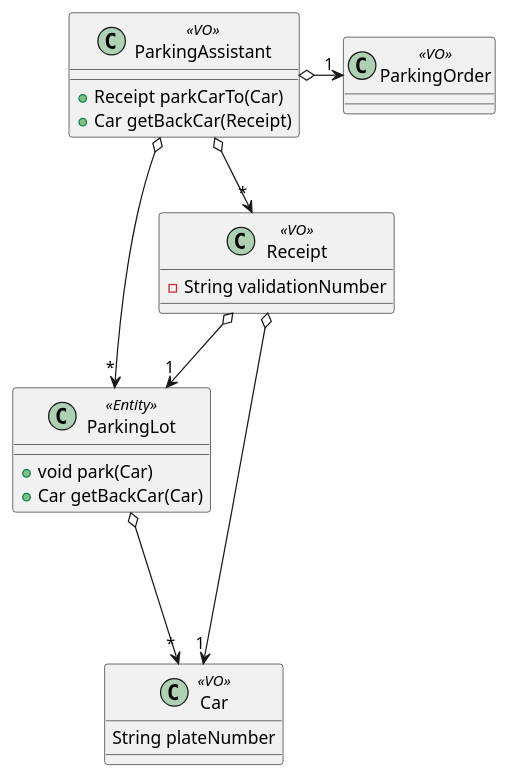
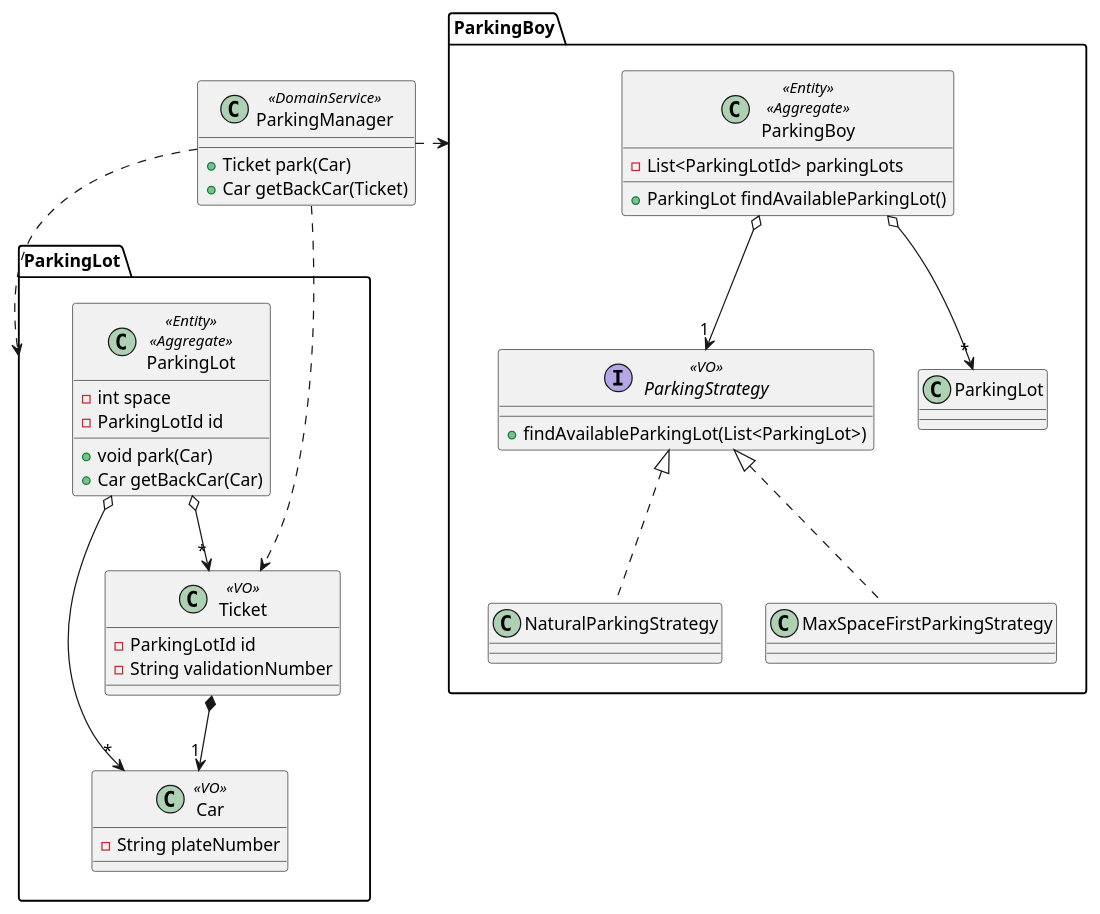
The diagram in resources/main.puml (boydfd/parking-lot), drawn with PlantUML before and after one commit.

Commit message:
[@boydfd] #N/A refactor UML: add aggregate.

```diff
--- a/resources/main.puml
+++ b/resources/main.puml
@@ -1,30 +1,53 @@
 @startuml
-ParkingAssistant o--> "*" ParkingLot
-ParkingAssistant o-> "1" ParkingOrder
-ParkingAssistant o--> "*" Receipt
-Receipt o---> "1" Car
-Receipt o--> "1" ParkingLot
-ParkingLot o---> "*" Car
 
-class Car <<VO>> {
-String plateNumber
+package ParkingLot {
+	class ParkingLot <<Entity>> <<Aggregate>> {
+	- int space
+	- ParkingLotId id
+	+void park(Car)
+	+Car getBackCar(Car)
+	}
+
+	class Car <<VO>> {
+	- String plateNumber
+	}
+
+	class Ticket <<VO>> {
+	- ParkingLotId id
+	- String validationNumber
+	}
+
+	Ticket *--> "1" Car
+	ParkingLot o--> "*" Car
+	ParkingLot o--> "*" Ticket
 }
 
-class ParkingLot <<Entity>> {
-+void park(Car)
-+Car getBackCar(Car)
+package ParkingBoy {
+	interface ParkingStrategy <<VO>> {
+	+ findAvailableParkingLot(List<ParkingLot>)
+	}
+
+	class ParkingBoy <<Entity>> <<Aggregate>> {
+	- List<ParkingLotId> parkingLots
+	+ ParkingLot findAvailableParkingLot()
+	}
+
+	ParkingBoy o--> "*" ParkingLot
+	ParkingBoy o--> "1" ParkingStrategy
+	ParkingStrategy <|.. NaturalParkingStrategy
+	ParkingStrategy <|.. MaxSpaceFirstParkingStrategy
+
 }
 
-
-class Receipt <<VO>> {
--String validationNumber
+class ParkingManager <<DomainService>> {
++ Ticket park(Car)
++ Car getBackCar(Ticket)
 }
 
-class ParkingAssistant <<VO>> {
-+Receipt parkCarTo(Car)
-+Car getBackCar(Receipt)
-}
-class ParkingOrder <<VO>>
+ParkingManager .>  ParkingBoy
+ParkingManager ..>  ParkingLot
+ParkingManager ...>  Ticket
+
 
 
 @enduml
```
